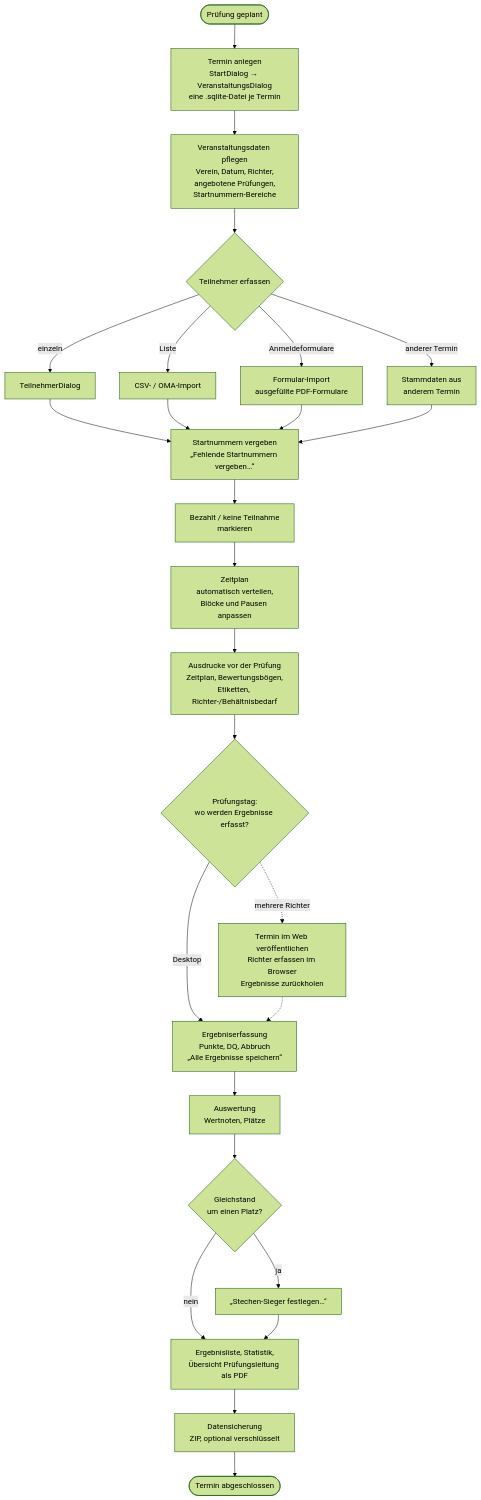
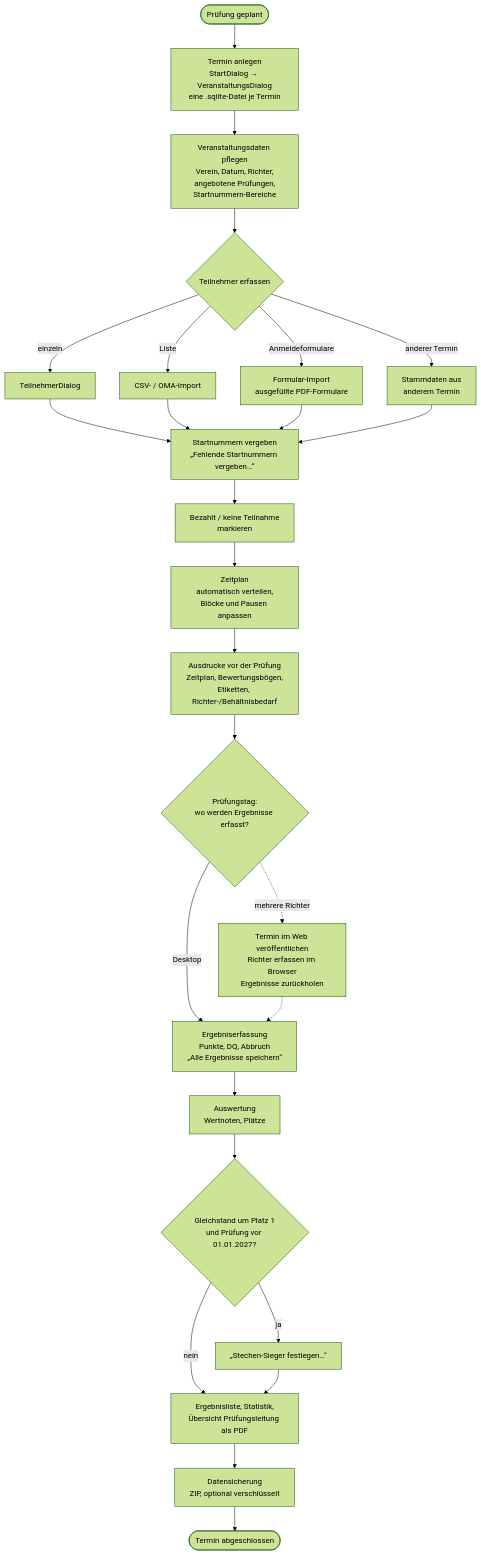
Before and after one commit to mbruver-source/SHS: the third of 13 diagrams in UML.md, drawn with Mermaid (forest theme). The commit also changed other lines of this file and 37 other files, not shown here.

````diff
--- a/UML.md
+++ b/UML.md
@@ -217,25 +233,25 @@
 ```mermaid
 flowchart TD
     start([Prüfung geplant]) --> anlegen[Termin anlegen<br/>StartDialog → VeranstaltungsDialog<br/>eine .sqlite-Datei je Termin]
     anlegen --> verw[Veranstaltungsdaten pflegen<br/>Verein, Datum, Richter,<br/>angebotene Prüfungen,<br/>Startnummern-Bereiche]
     verw --> tn{Teilnehmer erfassen}
     tn -->|einzeln| dlg[TeilnehmerDialog]
     tn -->|Liste| csv[CSV- / OMA-Import]
     tn -->|Anmeldeformulare| form[Formular-Import<br/>ausgefüllte PDF-Formulare]
     tn -->|anderer Termin| alt[Stammdaten aus<br/>anderem Termin]
     dlg & csv & form & alt --> nummern[Startnummern vergeben<br/>„Fehlende Startnummern vergeben…“]
     nummern --> bezahlt[Bezahlt / keine Teilnahme<br/>markieren]
     bezahlt --> zeit[Zeitplan<br/>automatisch verteilen,<br/>Blöcke und Pausen anpassen]
     zeit --> druck1[Ausdrucke vor der Prüfung<br/>Zeitplan, Bewertungsbögen,<br/>Etiketten, Richter-/Behältnisbedarf]
     druck1 --> tag{Prüfungstag:<br/>wo werden Ergebnisse erfasst?}
     tag -->|Desktop| erf[Ergebniserfassung<br/>Punkte, DQ, Abbruch<br/>„Alle Ergebnisse speichern“]
     tag -.->|mehrere Richter| webv[Termin im Web veröffentlichen<br/>Richter erfassen im Browser<br/>Ergebnisse zurückholen]
     webv -.-> erf
     erf --> ausw[Auswertung<br/>Wertnoten, Plätze]
-    ausw --> stech{Gleichstand<br/>um einen Platz?}
+    ausw --> stech{Gleichstand um Platz 1<br/>und Prüfung vor 01.01.2027?}
     stech -->|ja| stechen[„Stechen-Sieger festlegen…“]
     stech -->|nein| druck2
     stechen --> druck2[Ergebnisliste, Statistik,<br/>Übersicht Prüfungsleitung als PDF]
     druck2 --> sich[Datensicherung<br/>ZIP, optional verschlüsselt]
     sich --> ende([Termin abgeschlossen])
 ```
````
